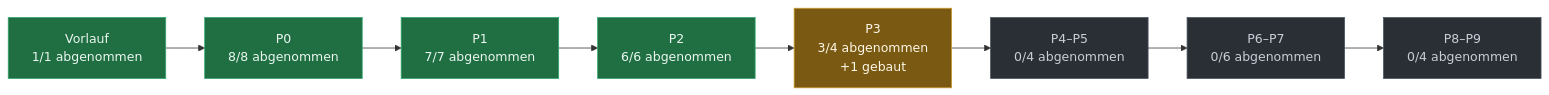
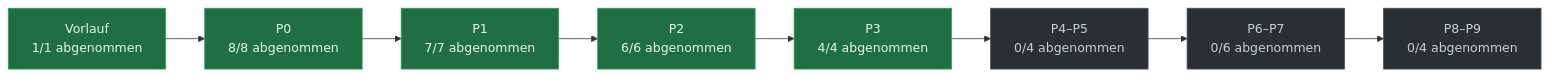
Before and after one commit to evenacadia-tech/Nakama: the diagram in docs/PLAN-STAND.md, drawn with Mermaid. The commit also changed other lines of this file, not shown here.

First line of the commit message:
NAK-121: PLAN-STAND aus 8535497 neu gerechnet (S19b abgenommen)

````diff
--- a/docs/PLAN-STAND.md
+++ b/docs/PLAN-STAND.md
@@ -37,21 +35,21 @@
 ```mermaid
 flowchart LR
   P0["Vorlauf<br/>1/1 abgenommen"]:::fertig
   P1["P0<br/>8/8 abgenommen"]:::fertig
   P0 --> P1
   P2["P1<br/>7/7 abgenommen"]:::fertig
   P1 --> P2
   P3["P2<br/>6/6 abgenommen"]:::fertig
   P2 --> P3
-  P4["P3<br/>3/4 abgenommen<br/>+1 gebaut"]:::laeuft
+  P4["P3<br/>4/4 abgenommen"]:::fertig
   P3 --> P4
   P5["P4–P5<br/>0/4 abgenommen"]:::offen
   P4 --> P5
   P6["P6–P7<br/>0/6 abgenommen"]:::offen
   P5 --> P6
   P7["P8–P9<br/>0/4 abgenommen"]:::offen
   P6 --> P7
   classDef fertig fill:#1f6f43,stroke:#2ea36a,color:#eaf6ef
   classDef laeuft fill:#7a5a12,stroke:#c99a2e,color:#fdf6e6
   classDef offen  fill:#2a2f36,stroke:#4a525c,color:#c7ced8
 ```
````
